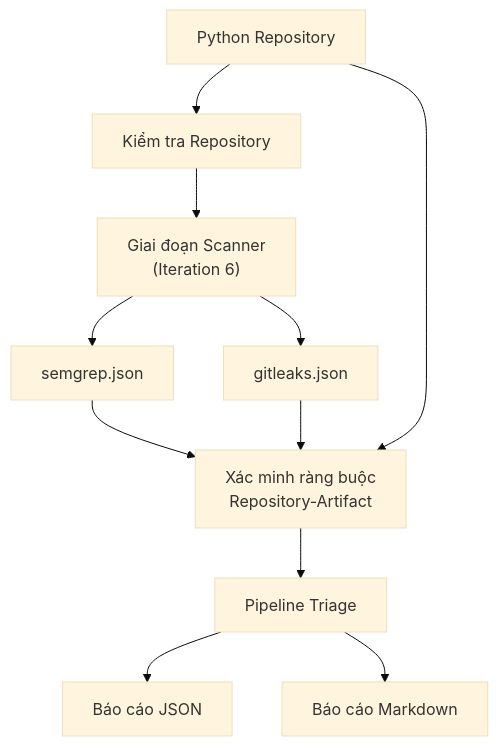
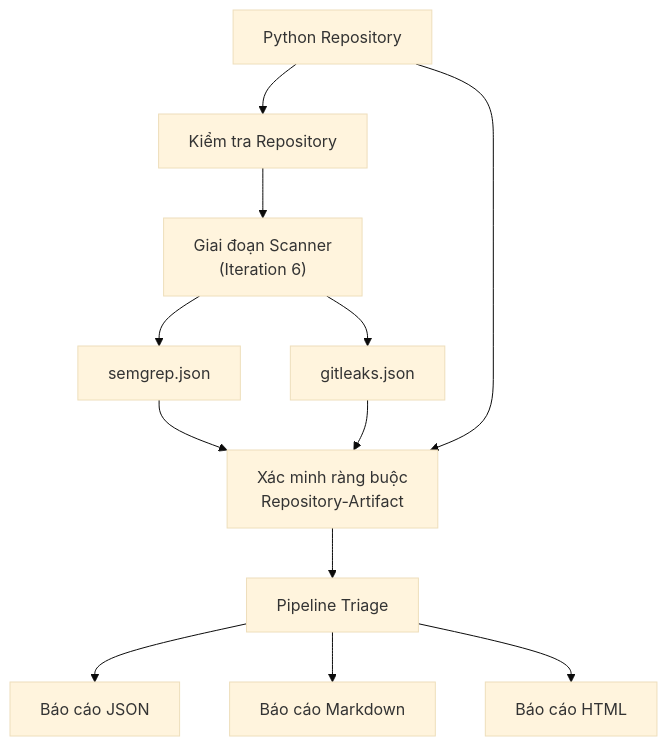
The first of 3 diagrams in docs/architecture.md (cunghande/LLM-Augmented-SAST-Triage-Logic-Bug-Detection-Platform), drawn with Mermaid (base theme) before and after one commit. The commit also changed other lines of this file and 32 other files, not shown here.

````diff
--- a/docs/architecture.md
+++ b/docs/architecture.md
@@ -16,19 +16,20 @@
 ```mermaid
 flowchart TD
     REPO["Python Repository"]
 
     REPO --> VALIDATE["Kiểm tra Repository"]
     VALIDATE --> SCAN["Giai đoạn Scanner\n(Iteration 6)"]
 
     SCAN --> SEMGREP_JSON["semgrep.json"]
     SCAN --> GITLEAKS_JSON["gitleaks.json"]
 
     SEMGREP_JSON --> BIND["Xác minh ràng buộc\nRepository-Artifact"]
     GITLEAKS_JSON --> BIND
     REPO --> BIND
 
     BIND --> PIPELINE["Pipeline Triage"]
 
     PIPELINE --> JSON_REPORT["Báo cáo JSON"]
     PIPELINE --> MD_REPORT["Báo cáo Markdown"]
+    PIPELINE --> HTML_REPORT["Báo cáo HTML"]
 ```
````
